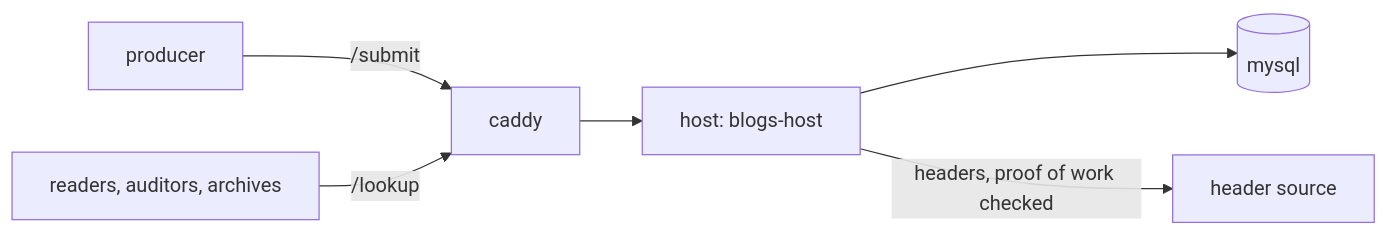
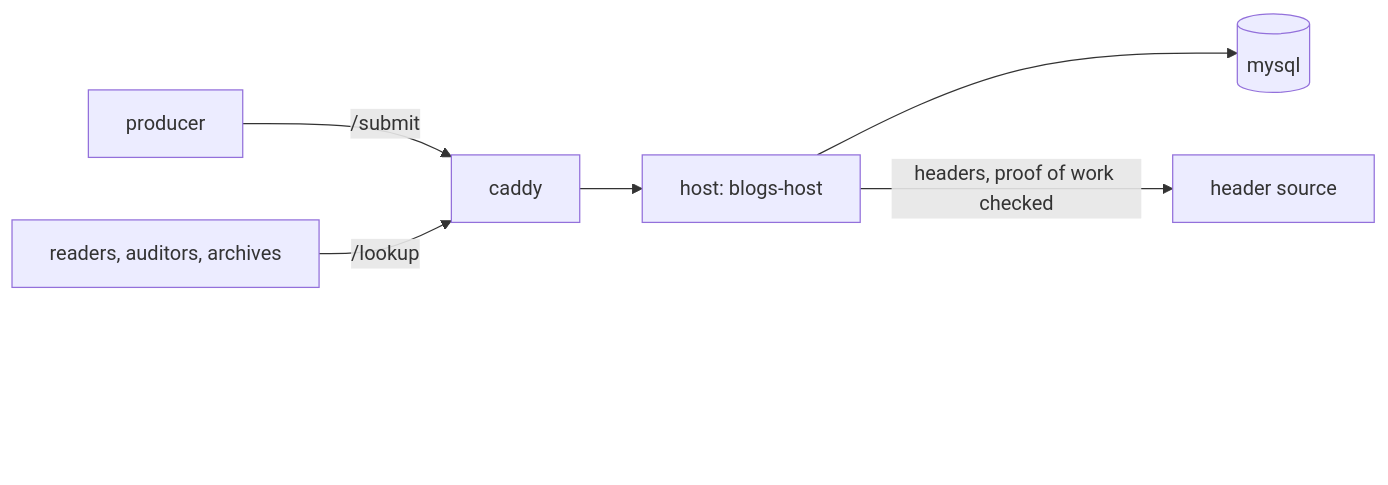
One commit to lightwebinc/blogs changed the diagram in docs/self-host.md. Above: the diagram before and after it, drawn with Mermaid. The commit also changed 2 other files, not shown here.

Commit message:
[Fix] diagrams: a spacer where the viewer's controls land
The rendered viewer places its zoom and pan panel over a flowchart's
bottom-right corner, and its mermaid build does not read diagramPadding
for flowcharts. An invisible node in the rightmost rank, below its last
node, is what the panel now covers.

````diff
--- a/docs/self-host.md
+++ b/docs/self-host.md
@@ -9,8 +9,13 @@
 ```mermaid
 flowchart LR
   P[producer] -->|"/submit"| C[caddy]
   R[readers, auditors, archives] -->|"/lookup"| C
   C --> H["host: blogs-host"]
   H --> D[(mysql)]
   H -->|"headers, proof of work checked"| W[header source]
+  %% The last node is an invisible spacer in the rightmost rank: the rendered
+  %% viewer places its zoom and pan controls over the bottom-right corner.
+  H ~~~ pad
+  pad["&nbsp;<br/>&nbsp;<br/>&nbsp;<br/>&nbsp;<br/>&nbsp;"]:::pad
+  classDef pad fill:none,stroke:none,color:transparent
 ```
````
